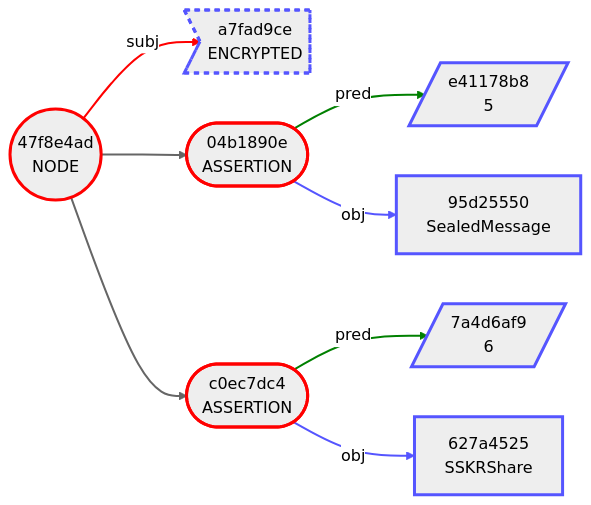
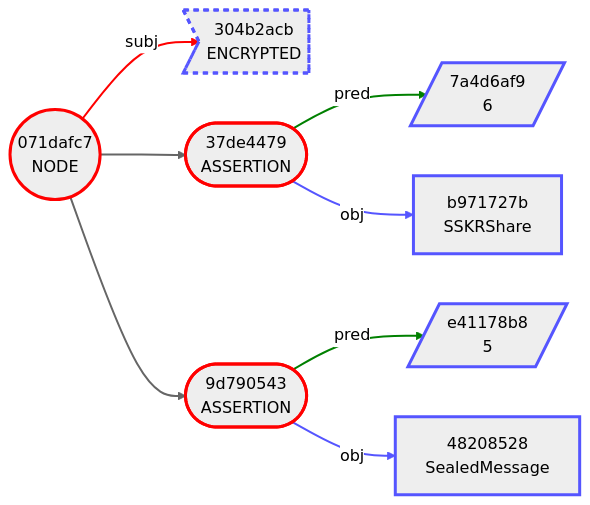
The third of 8 diagrams in Envelope/Use-Cases/Healthcare.md (BlockchainCommons/Gordian), drawn with Mermaid (neutral theme) before and after one commit. The commit also changed other lines of this file and 5 other files, not shown here.

````diff
--- a/Envelope/Use-Cases/Healthcare.md
+++ b/Envelope/Use-Cases/Healthcare.md
@@ -284,33 +288,33 @@
 ```mermaid
 graph LR
-    1(("47f8e4ad<br/>NODE"))
-    2>"a7fad9ce<br/>ENCRYPTED"]
-    3(["04b1890e<br/>ASSERTION"])
-    4[/"e41178b8<br/>5"/]
-    5["95d25550<br/>SealedMessage"]
-    6(["c0ec7dc4<br/>ASSERTION"])
-    7[/"7a4d6af9<br/>6"/]
-    8["627a4525<br/>SSKRShare"]
+    1(("071dafc7<br/>NODE"))
+    2>"304b2acb<br/>ENCRYPTED"]
+    3(["37de4479<br/>ASSERTION"])
+    4[/"7a4d6af9<br/>6"/]
+    5["b971727b<br/>SSKRShare"]
+    6(["9d790543<br/>ASSERTION"])
+    7[/"e41178b8<br/>5"/]
+    8["48208528<br/>SealedMessage"]
     1 -->|subj| 2
     1 --> 3
     3 -->|pred| 4
     3 -->|obj| 5
     1 --> 6
     6 -->|pred| 7
     6 -->|obj| 8
     style 1 stroke:red,stroke-width:3.0px
     style 2 stroke:#55f,stroke-width:3.0px,stroke-dasharray:5.0 5.0
     style 3 stroke:red,stroke-width:3.0px
     style 4 stroke:#55f,stroke-width:3.0px
     style 5 stroke:#55f,stroke-width:3.0px
     style 6 stroke:red,stroke-width:3.0px
     style 7 stroke:#55f,stroke-width:3.0px
     style 8 stroke:#55f,stroke-width:3.0px
     linkStyle 0 stroke:red,stroke-width:2.0px
     linkStyle 1 stroke-width:2.0px
     linkStyle 2 stroke:green,stroke-width:2.0px
     linkStyle 3 stroke:#55f,stroke-width:2.0px
     linkStyle 4 stroke-width:2.0px
     linkStyle 5 stroke:green,stroke-width:2.0px
     linkStyle 6 stroke:#55f,stroke-width:2.0px
 ```
````
